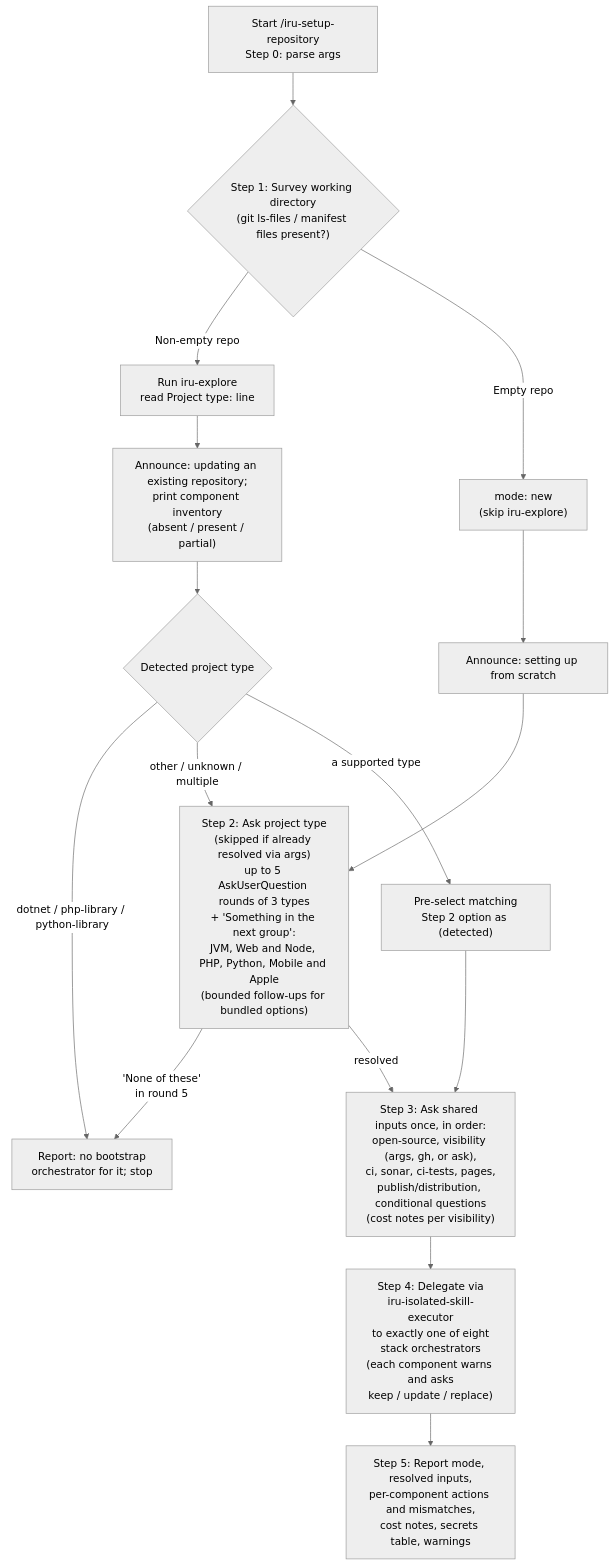
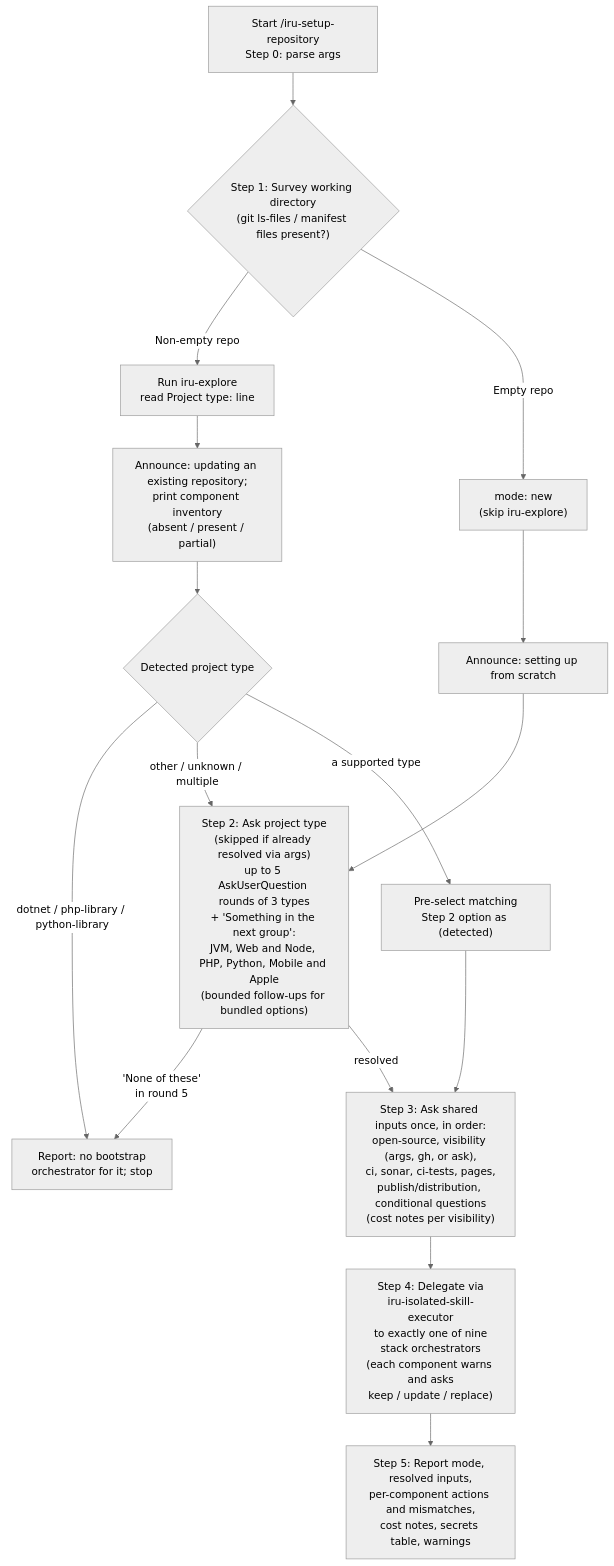
Before and after one commit to albertoirurueta/ai-catalog: the diagram in docs/modules/ROOT/pages/skills/iru-setup-repository.adoc, drawn with Mermaid (neutral theme). The commit also changed other lines of this file and 138 other files, not shown here.

```diff
--- a/docs/modules/ROOT/pages/skills/iru-setup-repository.adoc
+++ b/docs/modules/ROOT/pages/skills/iru-setup-repository.adoc
@@ -248,19 +260,19 @@
 [mermaid]
 ....
 flowchart TD
     A["Start /iru-setup-repository\nStep 0: parse args"] --> B{"Step 1: Survey working directory\n(git ls-files / manifest files present?)"}
     B -- "Non-empty repo" --> C["Run iru-explore\nread Project type: line"]
     B -- "Empty repo" --> D["mode: new\n(skip iru-explore)"]
     C --> C1["Announce: updating an existing repository;\nprint component inventory\n(absent / present / partial)"]
     D --> D1["Announce: setting up from scratch"]
     C1 --> E{"Detected project type"}
     E -- "dotnet / php-library / python-library" --> G["Report: no bootstrap\norchestrator for it; stop"]
     E -- "other / unknown / multiple" --> F
     E -- "a supported type" --> H["Pre-select matching\nStep 2 option as (detected)"]
     H --> I
     D1 --> F["Step 2: Ask project type\n(skipped if already resolved via args)\nup to 5 AskUserQuestion rounds of 3 types\n+ 'Something in the next group':\nJVM, Web and Node, PHP, Python, Mobile and Apple\n(bounded follow-ups for bundled options)"]
     F -- "'None of these'\nin round 5" --> G
     F -- "resolved" --> I["Step 3: Ask shared inputs once, in order:\nopen-source, visibility (args, gh, or ask),\nci, sonar, ci-tests, pages,\npublish/distribution, conditional questions\n(cost notes per visibility)"]
-    I --> J["Step 4: Delegate via\niru-isolated-skill-executor\nto exactly one of eight\nstack orchestrators\n(each component warns and asks\nkeep / update / replace)"]
+    I --> J["Step 4: Delegate via\niru-isolated-skill-executor\nto exactly one of nine\nstack orchestrators\n(each component warns and asks\nkeep / update / replace)"]
     J --> K["Step 5: Report mode, resolved inputs,\nper-component actions and mismatches,\ncost notes, secrets table, warnings"]
 ....
```
